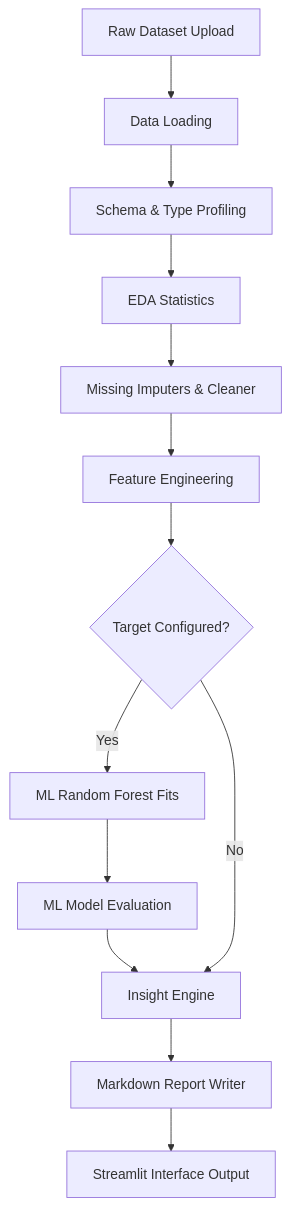
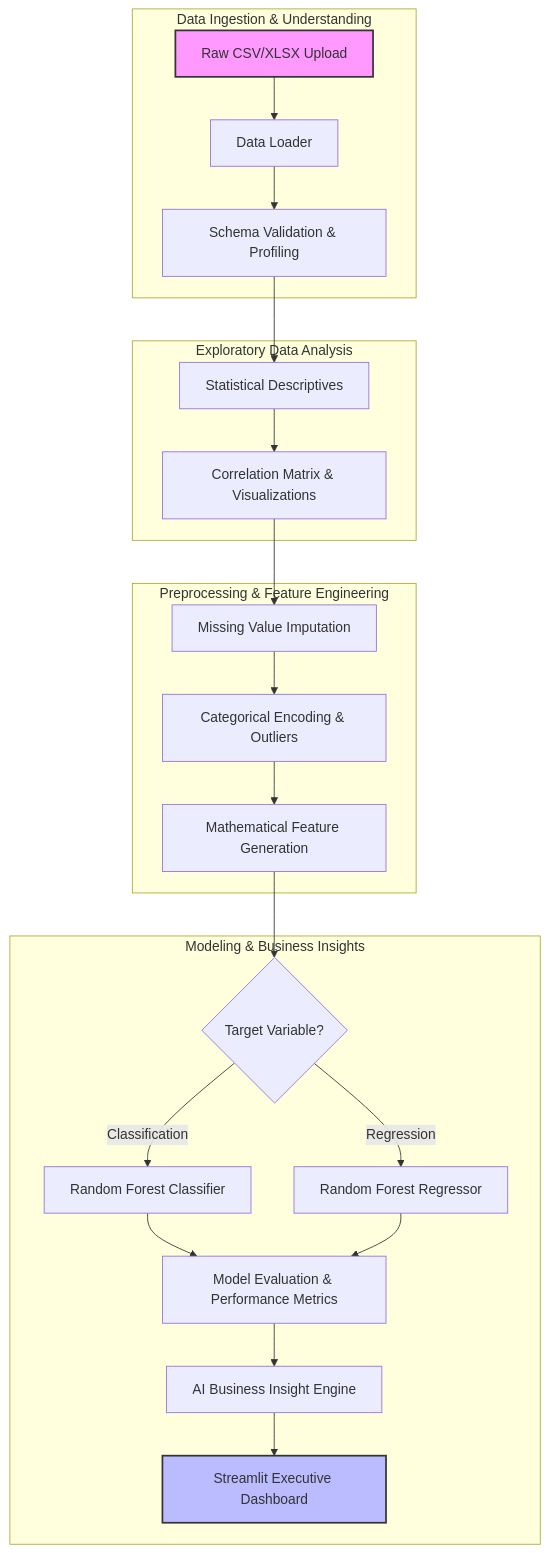
Before and after one commit to GhariebML/AutoAnalyst-AI: the diagram in README.md, drawn with Mermaid. The commit also changed other lines of this file, not shown here.

````diff
--- a/README.md
+++ b/README.md
@@ -16,15 +17,30 @@
 ```mermaid
-flowchart TD
-    A[Raw Dataset Upload] --> B[Data Loading]
-    B --> C[Schema & Type Profiling]
-    C --> D[EDA Statistics]
-    D --> E[Missing Imputers & Cleaner]
-    E --> F[Feature Engineering]
-    F --> G{Target Configured?}
-    G -- Yes --> H[ML Random Forest Fits]
-    H --> I[ML Model Evaluation]
-    I --> J[Insight Engine]
-    G -- No --> J[Insight Engine]
-    J --> K[Markdown Report Writer]
-    K --> L[Streamlit Interface Output]
+flowchart TB
+    subgraph Data Ingestion & Understanding
+        A[Raw CSV/XLSX Upload] --> B[Data Loader]
+        B --> C[Schema Validation & Profiling]
+    end
+
+    subgraph Exploratory Data Analysis
+        C --> D[Statistical Descriptives]
+        D --> E[Correlation Matrix & Visualizations]
+    end
+
+    subgraph Preprocessing & Feature Engineering
+        E --> F[Missing Value Imputation]
+        F --> G[Categorical Encoding & Outliers]
+        G --> H[Mathematical Feature Generation]
+    end
+
+    subgraph Modeling & Business Insights
+        H --> I{Target Variable?}
+        I -- Classification --> J[Random Forest Classifier]
+        I -- Regression --> K[Random Forest Regressor]
+        J & K --> L[Model Evaluation & Performance Metrics]
+        L --> M[AI Business Insight Engine]
+        M --> N[Streamlit Executive Dashboard]
+    end
+
+    style A fill:#f9f,stroke:#333,stroke-width:2px
+    style N fill:#bbf,stroke:#333,stroke-width:2px
 ```
````
